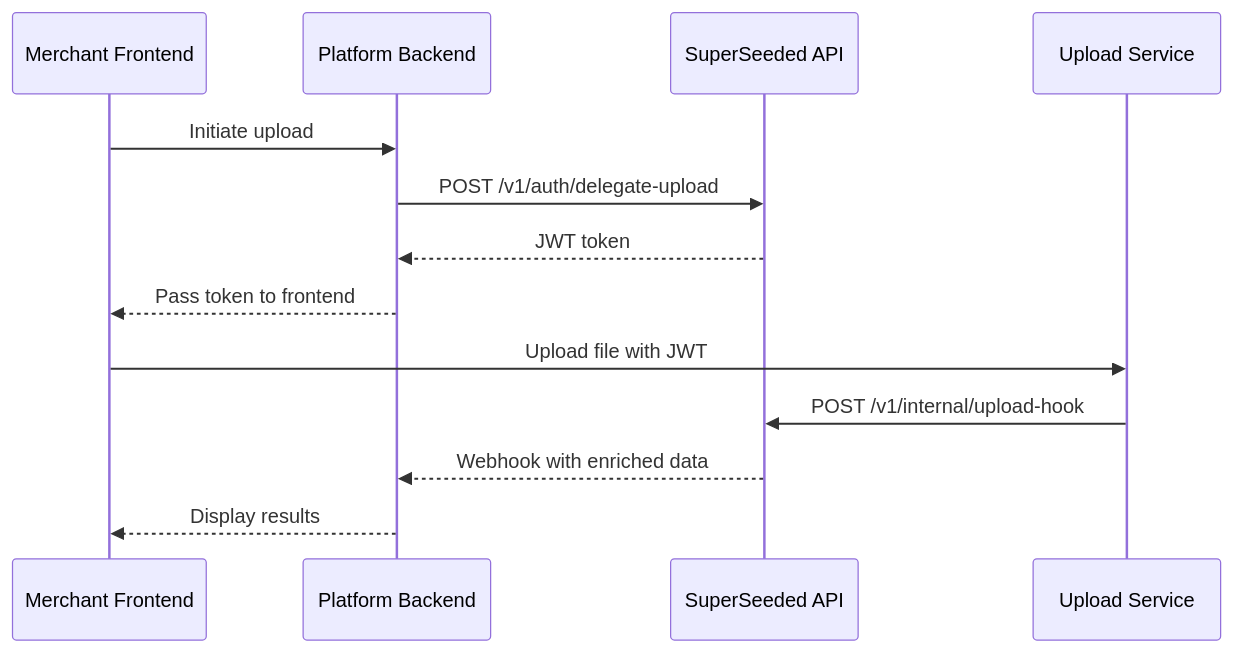
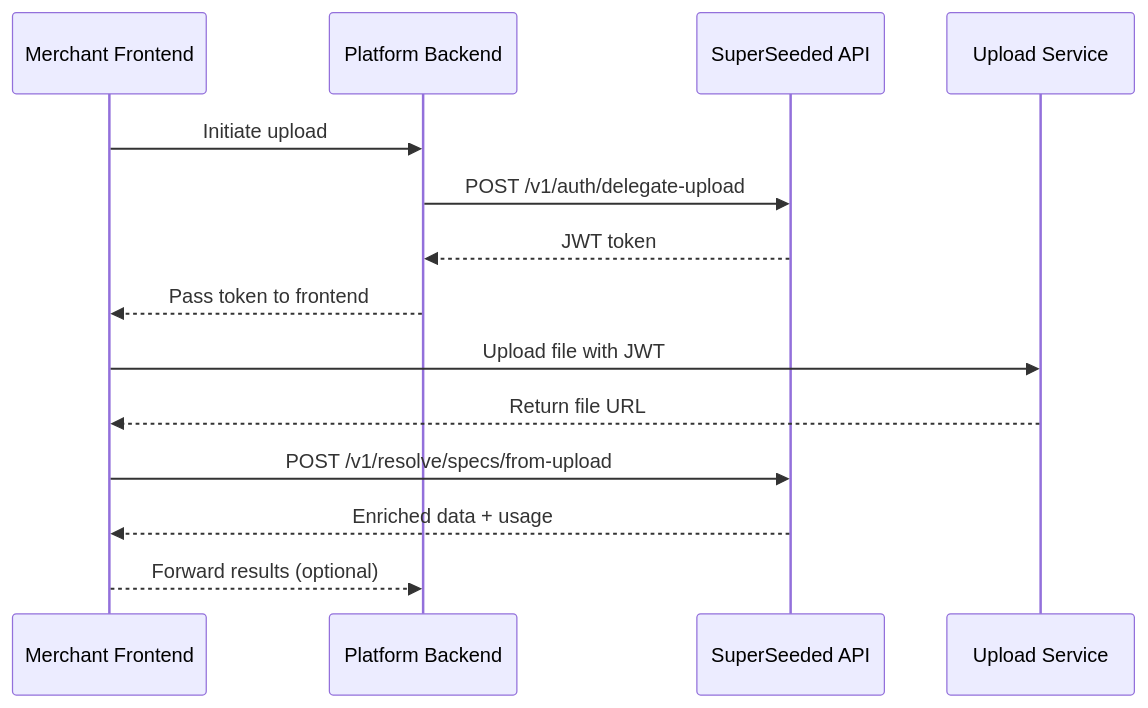
Before and after one commit to superseeded/docs: the diagram in platform-integration/overview.mdx, drawn with Mermaid. The commit also changed other lines of this file and 8 other files, not shown here.

First line of the commit message:
Update API documentation to reflect new processing flow and integration details

````diff
--- a/platform-integration/overview.mdx
+++ b/platform-integration/overview.mdx
@@ -25,16 +25,17 @@
 ```mermaid
 sequenceDiagram
     participant M as Merchant Frontend
     participant P as Platform Backend
     participant S as SuperSeeded API
-    participant U as Upload Service 
+    participant U as Upload Service
     
     M->>P: Initiate upload
     P->>S: POST /v1/auth/delegate-upload
     S-->>P: JWT token
     P-->>M: Pass token to frontend
     M->>U: Upload file with JWT
-    U->>S: POST /v1/internal/upload-hook
-    S-->>P: Webhook with enriched data
-    P-->>M: Display results
+    U-->>M: Return file URL
+    M->>S: POST /v1/resolve/specs/from-upload
+    S-->>M: Enriched data + usage
+    M-->>P: Forward results (optional)
 ```
````
